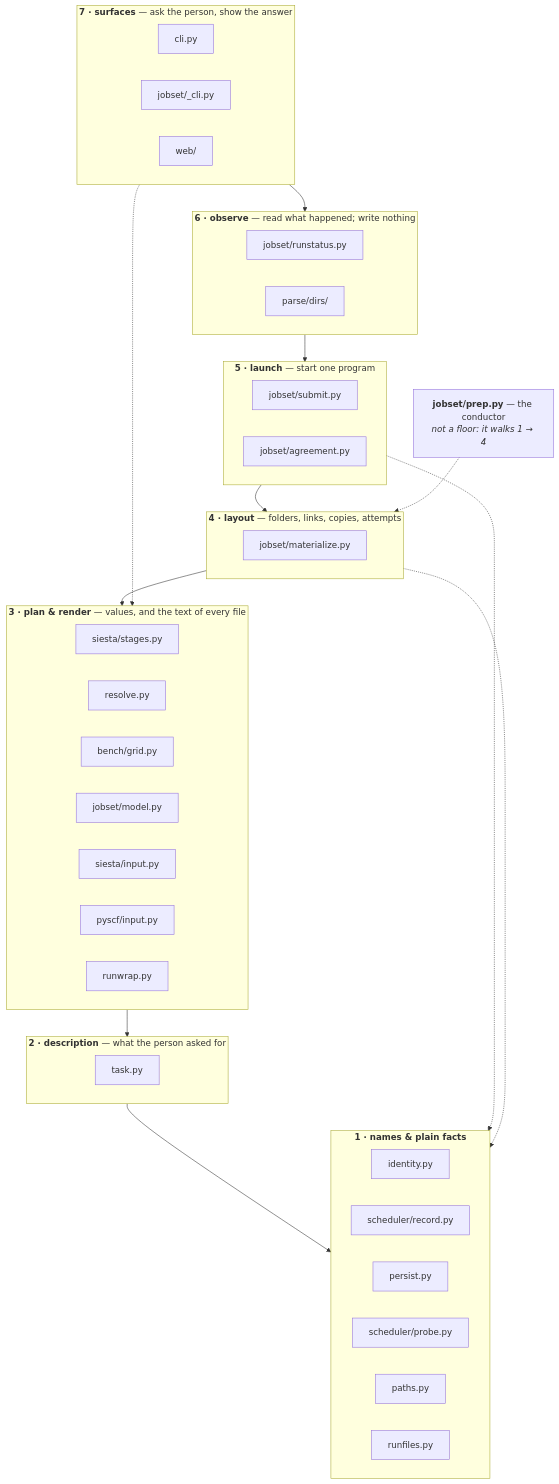
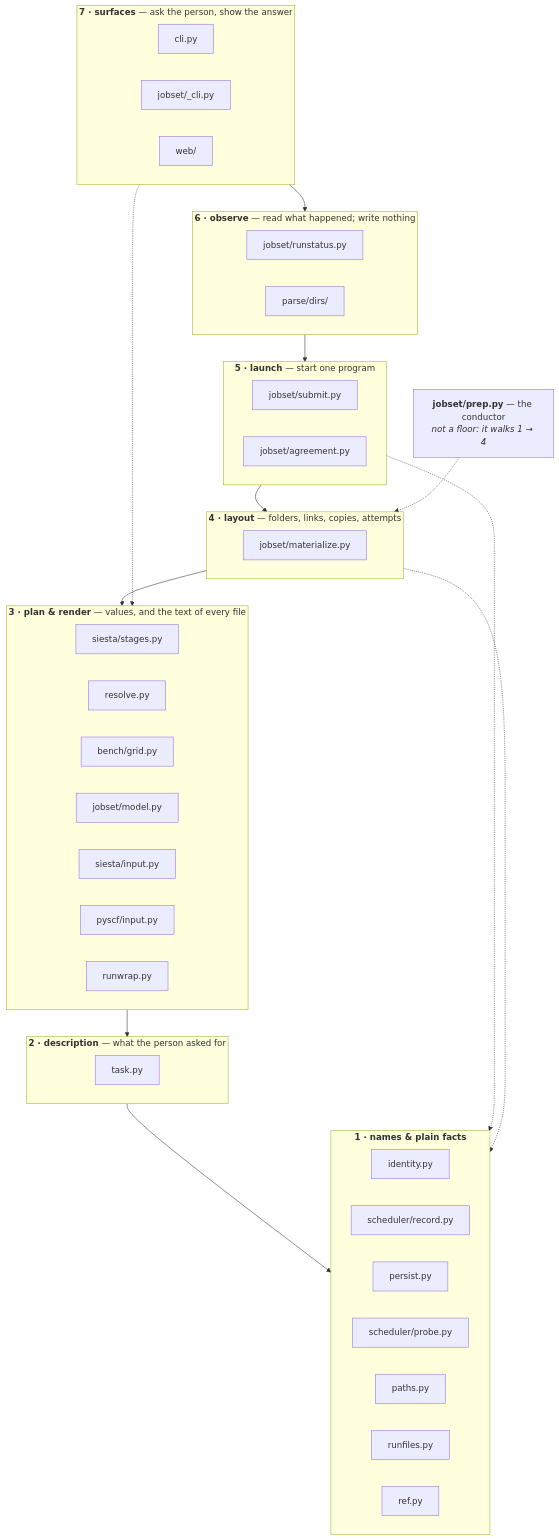
One commit to Qing-LAB/molbuilder changed the second of 11 diagrams in docs/execution/architecture.md. Above: the diagram before and after it, drawn with Mermaid. The commit also changed other lines of this file and 8 other files, not shown here.

````diff
--- a/docs/execution/architecture.md
+++ b/docs/execution/architecture.md
@@ -160,39 +160,40 @@
 ```mermaid
 flowchart TB
     subgraph F7["<b>7 · surfaces</b> — ask the person, show the answer"]
       direction LR
       S1["cli.py"]; S2["jobset/_cli.py"]; S3["web/"]
     end
     subgraph F6["<b>6 · observe</b> — read what happened; write nothing"]
       direction LR
       O1["jobset/runstatus.py"]; O2["parse/dirs/"]
     end
     subgraph F5["<b>5 · launch</b> — start one program"]
       direction LR
       U3["jobset/submit.py"]; U4["jobset/agreement.py"]
     end
     subgraph F4["<b>4 · layout</b> — folders, links, copies, attempts"]
       direction LR
       Y1["jobset/materialize.py"]
     end
     subgraph F3["<b>3 · plan &amp; render</b> — values, and the text of every file"]
       direction LR
       P1["siesta/stages.py"]; P2["resolve.py"]; P3["bench/grid.py"]; P4["jobset/model.py"]
       P5["siesta/input.py"]; P6["pyscf/input.py"]; P7["runwrap.py"]
     end
     subgraph F2["<b>2 · description</b> — what the person asked for"]
       direction LR
       D1["task.py"]
     end
     subgraph F1["<b>1 · names &amp; plain facts</b>"]
       direction LR
       N1["identity.py"]; N2["scheduler/record.py"]; N3["persist.py"]
       N4["scheduler/probe.py"]; N5["paths.py"]; N6["runfiles.py"]
+      N7["ref.py"]
     end
     F7 --> F6 --> F5 --> F4 --> F3 --> F2 --> F1
     F5 -.-> F1
     F4 -.-> F1
     F7 -.-> F3
     PREP["<b>jobset/prep.py</b> — the conductor<br/><i>not a floor: it walks 1 → 4</i>"]
     PREP -.-> F4
 ```
````
